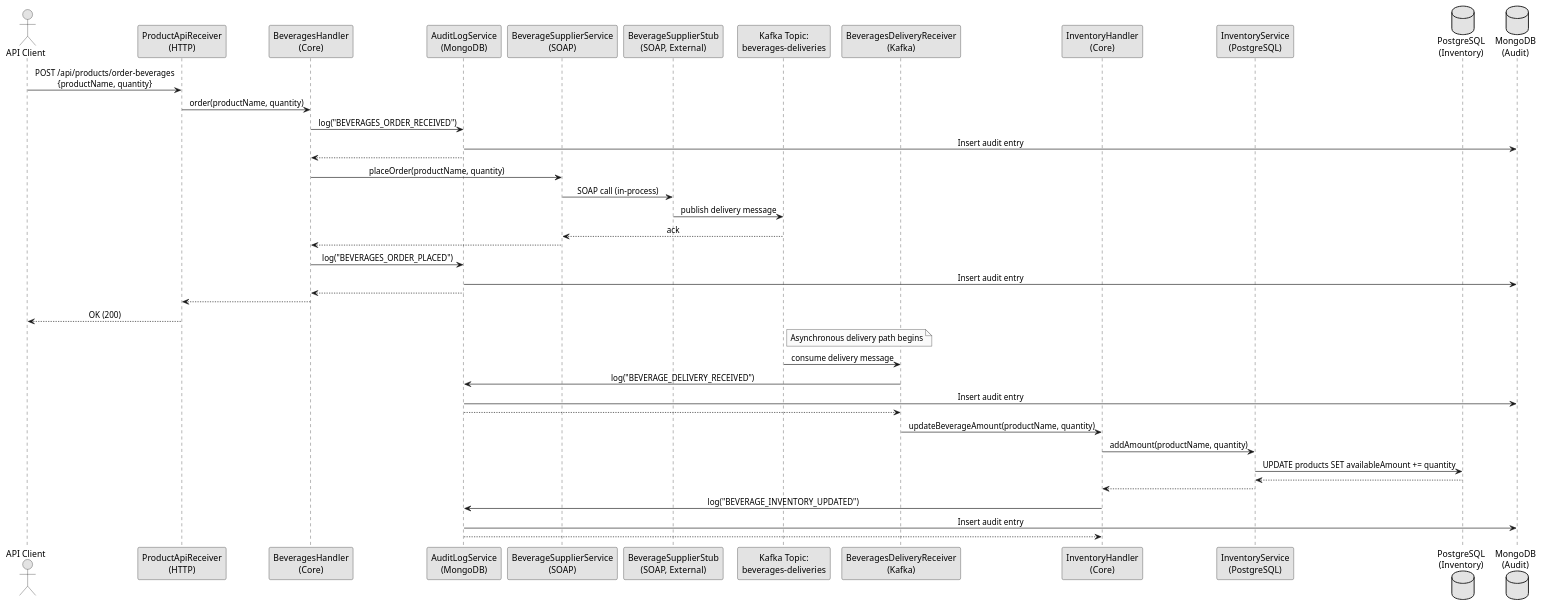
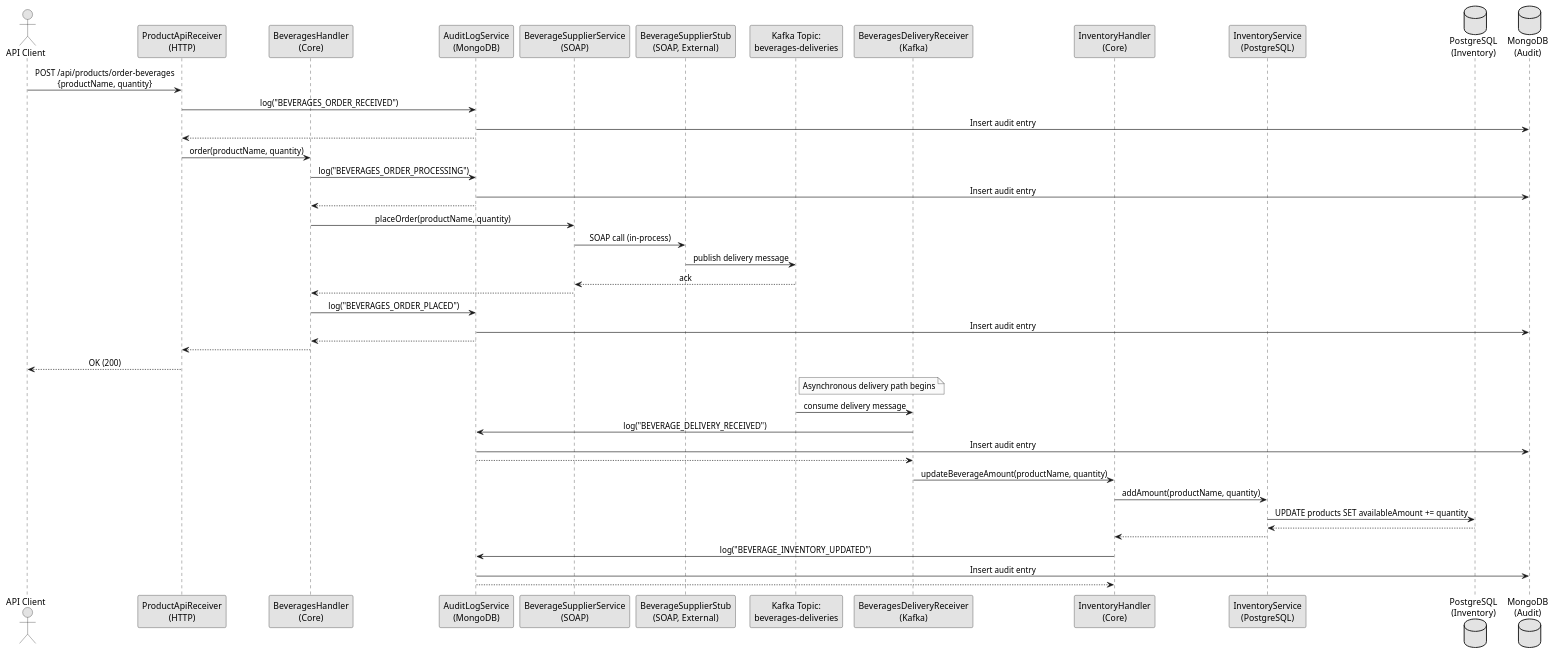
One commit to svene/2026-07-26_quarkus-hexagon-demo-mm-per-tech changed the diagram in docs/architecture/flows/api-order-beverages.puml. Above: the diagram before and after it, drawn with PlantUML. The commit also changed 36 other files, not shown here.

```diff
--- a/docs/architecture/flows/api-order-beverages.puml
+++ b/docs/architecture/flows/api-order-beverages.puml
@@ -1,52 +1,55 @@
 @startuml api_order_beverages
 skinparam monochrome true
 skinparam sequenceMessageAlign center
 skinparam backgroundColor #ffffff
 
 actor "API Client" as user
 participant "ProductApiReceiver\n(HTTP)" as receiver
 participant "BeveragesHandler\n(Core)" as handler
 participant "AuditLogService\n(MongoDB)" as audit
 participant "BeverageSupplierService\n(SOAP)" as service
 participant "BeverageSupplierStub\n(SOAP, External)" as stub
 participant "Kafka Topic:\nbeverages-deliveries" as kafka_out
 participant "BeveragesDeliveryReceiver\n(Kafka)" as kafka_receiver
 participant "InventoryHandler\n(Core)" as inv_handler
 participant "InventoryService\n(PostgreSQL)" as inventory
 database "PostgreSQL\n(Inventory)" as db_inv
 database "MongoDB\n(Audit)" as db_audit
 
 user -> receiver: POST /api/products/order-beverages\n{productName, quantity}
+receiver -> audit: log("BEVERAGES_ORDER_RECEIVED")
+audit -> db_audit: Insert audit entry
+audit --> receiver
 receiver -> handler: order(productName, quantity)
-handler -> audit: log("BEVERAGES_ORDER_RECEIVED")
+handler -> audit: log("BEVERAGES_ORDER_PROCESSING")
 audit -> db_audit: Insert audit entry
 audit --> handler
 handler -> service: placeOrder(productName, quantity)
 service -> stub: SOAP call (in-process)
 stub -> kafka_out: publish delivery message
 kafka_out --> service: ack
 service --> handler
 handler -> audit: log("BEVERAGES_ORDER_PLACED")
 audit -> db_audit: Insert audit entry
 audit --> handler
 handler --> receiver
 receiver --> user: OK (200)
 
 note right of kafka_out
   Asynchronous delivery path begins
 end note
 
 kafka_out -> kafka_receiver: consume delivery message
 kafka_receiver -> audit: log("BEVERAGE_DELIVERY_RECEIVED")
 audit -> db_audit: Insert audit entry
 audit --> kafka_receiver
 kafka_receiver -> inv_handler: updateBeverageAmount(productName, quantity)
 inv_handler -> inventory: addAmount(productName, quantity)
 inventory -> db_inv: UPDATE products SET availableAmount += quantity
 db_inv --> inventory
 inventory --> inv_handler
 inv_handler -> audit: log("BEVERAGE_INVENTORY_UPDATED")
 audit -> db_audit: Insert audit entry
 audit --> inv_handler
 
 @enduml
```
